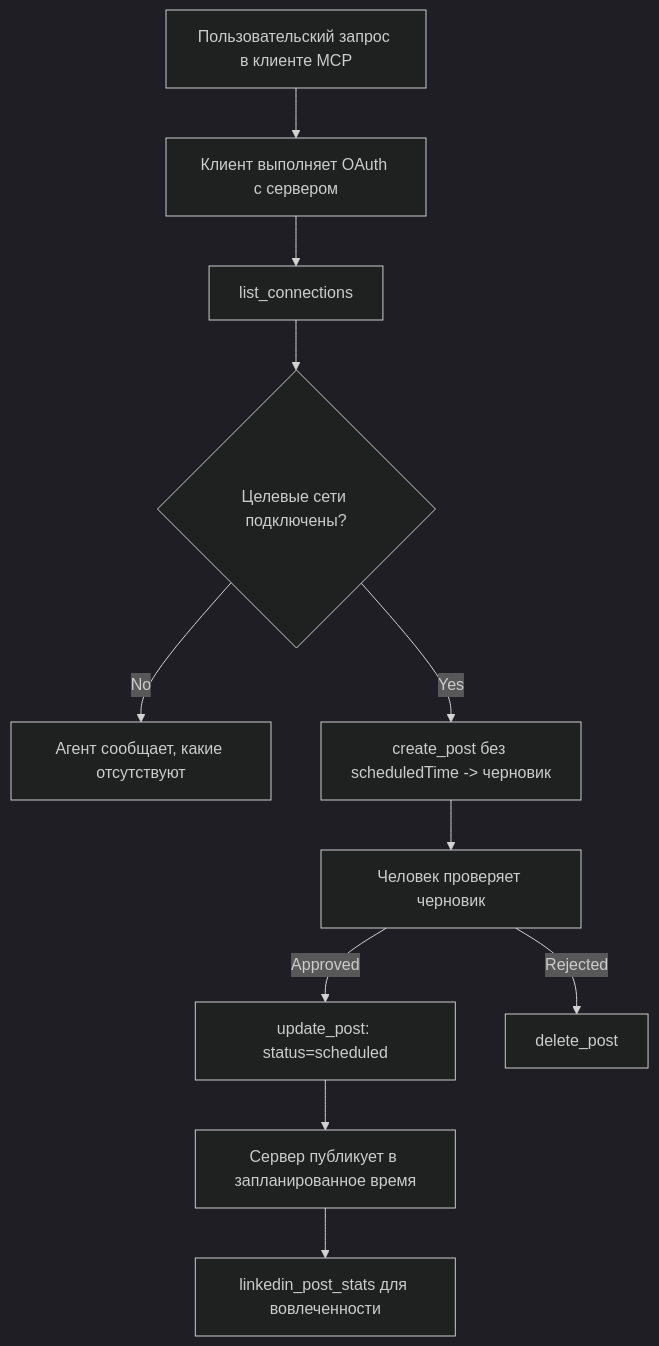
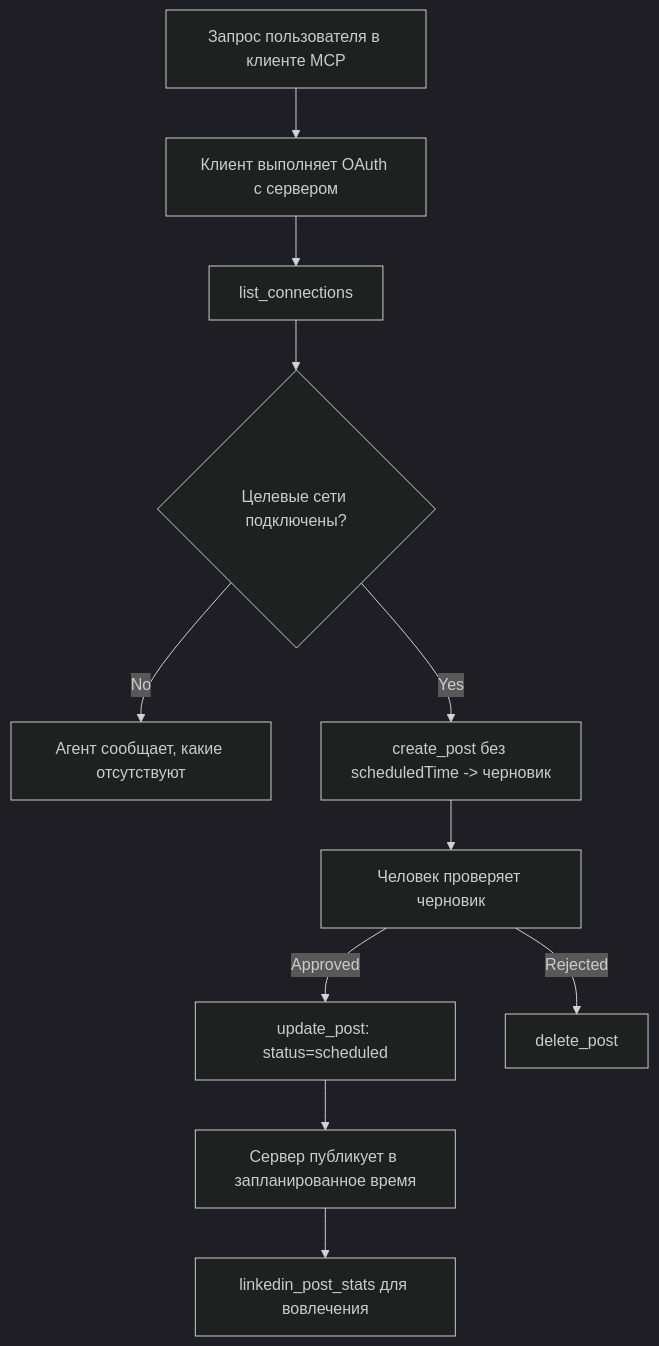
Before and after one commit to microsoft/mcp-for-beginners: the diagram in translations/ru/09-CaseStudy/publora-social-publishing.md, drawn with Mermaid (dark theme). The commit also changed other lines of this file and 136 other files, not shown here.

````diff
--- a/translations/ru/09-CaseStudy/publora-social-publishing.md
+++ b/translations/ru/09-CaseStudy/publora-social-publishing.md
@@ -47,13 +47,13 @@
 ```mermaid
 flowchart TD
-    A[Пользовательский запрос в клиенте MCP] --> B[Клиент выполняет OAuth с сервером]
+    A[Запрос пользователя в клиенте MCP] --> B[Клиент выполняет OAuth с сервером]
     B --> C[list_connections]
     C --> D{Целевые сети подключены?}
     D -- No --> E[Агент сообщает, какие отсутствуют]
     D -- Yes --> F[create_post без scheduledTime -> черновик]
     F --> G[Человек проверяет черновик]
     G -- Approved --> H[update_post: status=scheduled]
     G -- Rejected --> I[delete_post]
     H --> J[Сервер публикует в запланированное время]
-    J --> K[linkedin_post_stats для вовлеченности]
+    J --> K[linkedin_post_stats для вовлечения]
 ```
````
